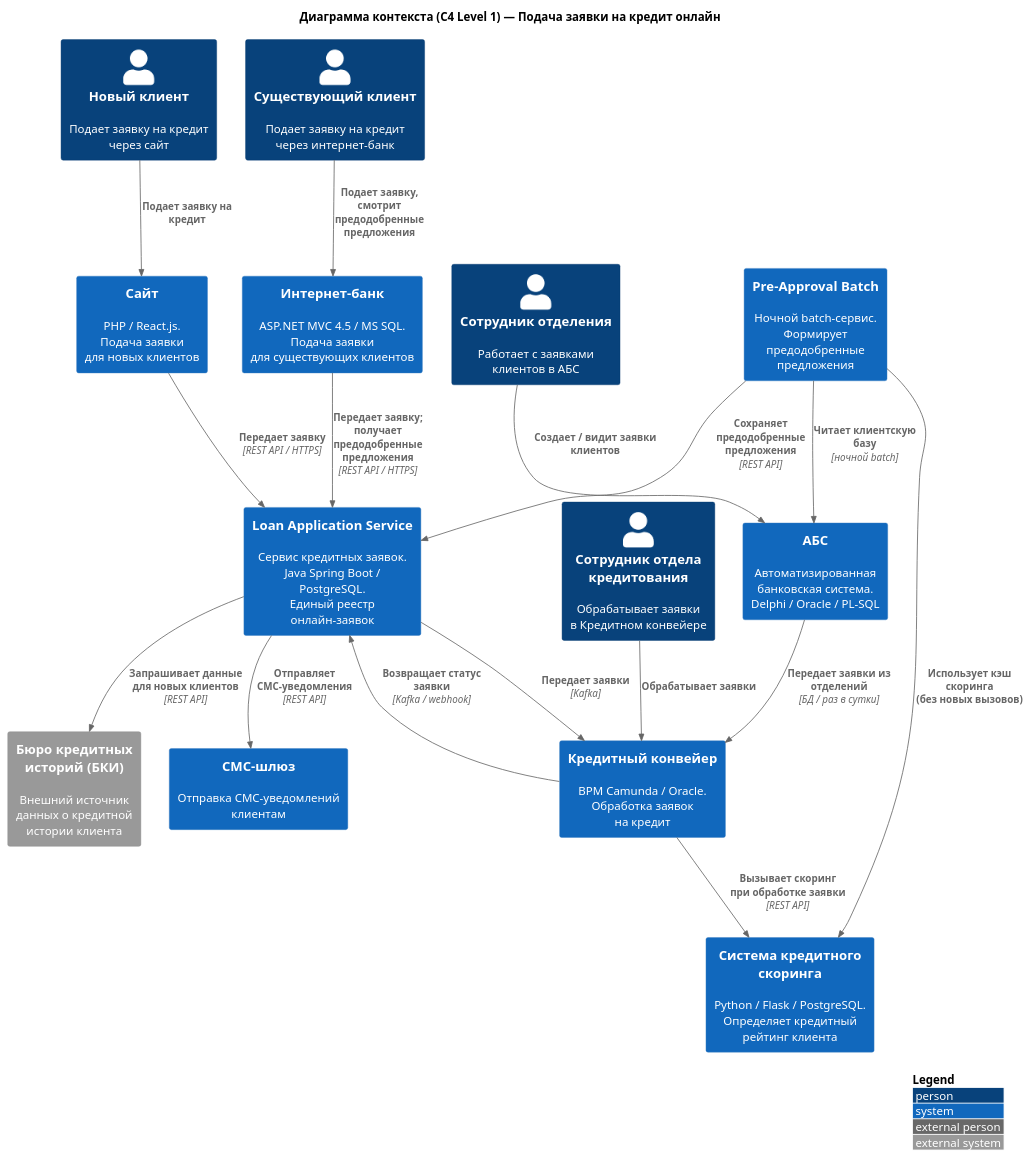
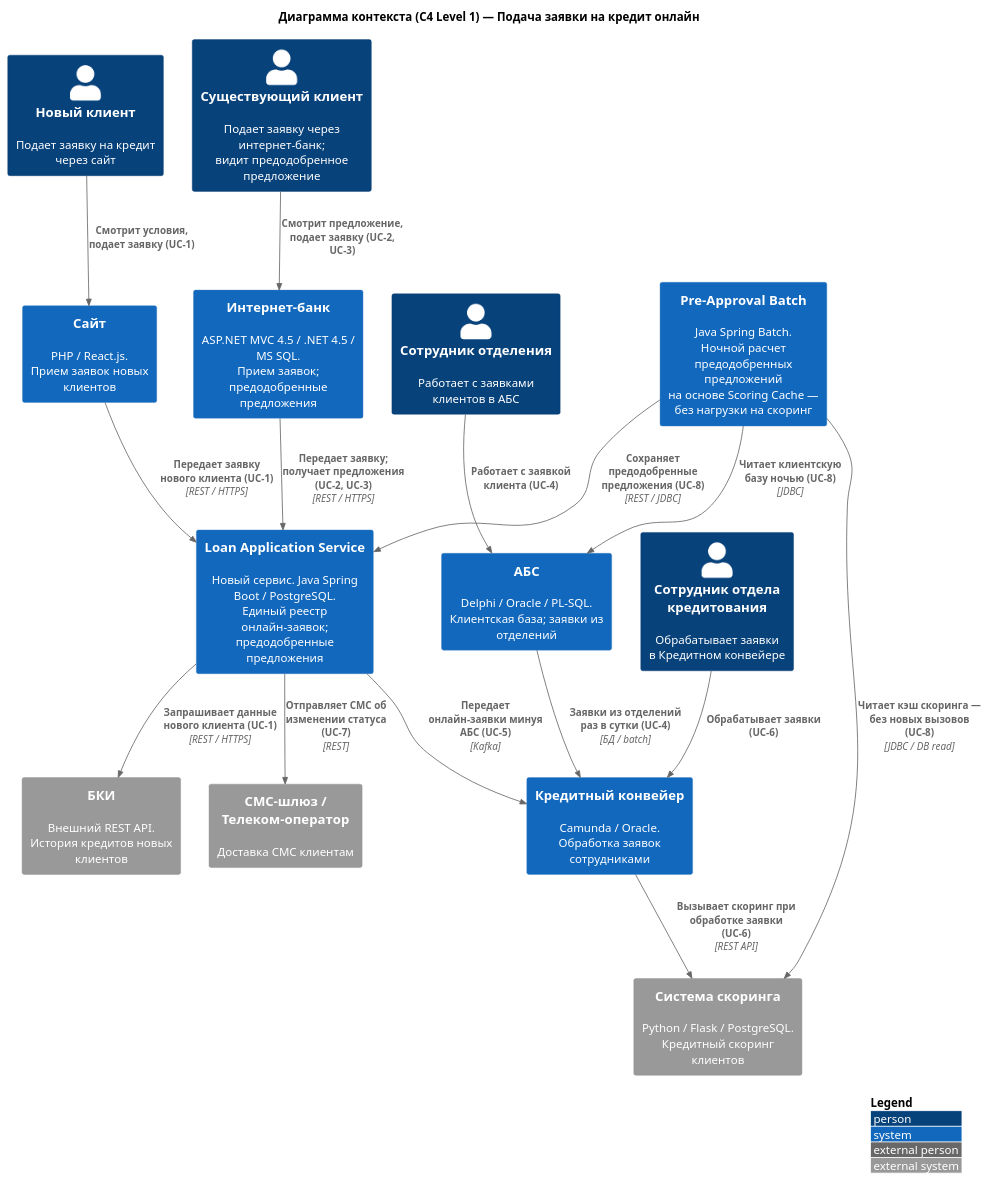
The diagram in Task5/Diagrams/c4-context.puml (alexruek/architecture-pro-standart), drawn with PlantUML before and after one commit. The commit also changed 4 other files, not shown here.

```diff
--- a/Task5/Diagrams/c4-context.puml
+++ b/Task5/Diagrams/c4-context.puml
@@ -1,40 +1,40 @@
 @startuml c4-context
 !include https://raw.githubusercontent.com/plantuml-stdlib/C4-PlantUML/master/C4_Context.puml
 
 LAYOUT_WITH_LEGEND()
 
 title Диаграмма контекста (C4 Level 1) — Подача заявки на кредит онлайн
 
-Person(new_client, "Новый клиент", "Подает заявку на кредит\nчерез сайт")
-Person(existing_client, "Существующий клиент", "Подает заявку на кредит\nчерез интернет-банк")
-Person(branch_employee, "Сотрудник отделения", "Работает с заявками\nклиентов в АБС")
+Person(new_client, "Новый клиент", "Подает заявку на кредит через сайт")
+Person(existing_client, "Существующий клиент", "Подает заявку через интернет-банк;\nвидит предодобренное предложение")
+Person(branch_employee, "Сотрудник отделения", "Работает с заявками клиентов в АБС")
 Person(credit_manager, "Сотрудник отдела\nкредитования", "Обрабатывает заявки\nв Кредитном конвейере")
 
-System(site, "Сайт", "PHP / React.js.\nПодача заявки\nдля новых клиентов")
-System(ibank, "Интернет-банк", "ASP.NET MVC 4.5 / MS SQL.\nПодача заявки\nдля существующих клиентов")
-System(loan_svc, "Loan Application Service", "Сервис кредитных заявок.\nJava Spring Boot / PostgreSQL.\nЕдиный реестр онлайн-заявок")
-System(preapproval_batch, "Pre-Approval Batch", "Ночной batch-сервис.\nФормирует предодобренные\nпредложения")
-System(abs, "АБС", "Автоматизированная\nбанковская система.\nDelphi / Oracle / PL-SQL")
-System(conveyor, "Кредитный конвейер", "BPM Camunda / Oracle.\nОбработка заявок\nна кредит")
-System(scoring, "Система кредитного\nскоринга", "Python / Flask / PostgreSQL.\nОпределяет кредитный\nрейтинг клиента")
-System(sms, "СМС-шлюз", "Отправка СМС-уведомлений\nклиентам")
-System_Ext(bki, "Бюро кредитных\nисторий (БКИ)", "Внешний источник\nданных о кредитной\nистории клиента")
+System(site, "Сайт", "PHP / React.js.\nПрием заявок новых клиентов")
+System(ibank, "Интернет-банк", "ASP.NET MVC 4.5 / .NET 4.5 / MS SQL.\nПрием заявок; предодобренные предложения")
+System(loan_svc, "Loan Application Service", "Новый сервис. Java Spring Boot / PostgreSQL.\nЕдиный реестр онлайн-заявок;\nпредодобренные предложения")
+System(batch_svc, "Pre-Approval Batch", "Java Spring Batch.\nНочной расчет предодобренных предложений\nна основе Scoring Cache — без нагрузки на скоринг")
+System(conveyor, "Кредитный конвейер", "Camunda / Oracle.\nОбработка заявок сотрудниками")
+System(abs, "АБС", "Delphi / Oracle / PL-SQL.\nКлиентская база; заявки из отделений")
 
-Rel(new_client, site, "Подает заявку на кредит")
-Rel(existing_client, ibank, "Подает заявку, смотрит\nпредодобренные предложения")
-Rel(branch_employee, abs, "Создает / видит заявки\nклиентов")
-Rel(credit_manager, conveyor, "Обрабатывает заявки")
+System_Ext(scoring, "Система скоринга", "Python / Flask / PostgreSQL.\nКредитный скоринг клиентов")
+System_Ext(bki, "БКИ", "Внешний REST API.\nИстория кредитов новых клиентов")
+System_Ext(sms_gw, "СМС-шлюз / Телеком-оператор", "Доставка СМС клиентам")
 
-Rel(site, loan_svc, "Передает заявку", "REST API / HTTPS")
-Rel(ibank, loan_svc, "Передает заявку;\nполучает предодобренные предложения", "REST API / HTTPS")
-Rel(loan_svc, conveyor, "Передает заявки", "Kafka")
-Rel(loan_svc, sms, "Отправляет СМС-уведомления", "REST API")
-Rel(loan_svc, bki, "Запрашивает данные\nдля новых клиентов", "REST API")
-Rel(preapproval_batch, abs, "Читает клиентскую базу", "ночной batch")
-Rel(preapproval_batch, scoring, "Использует кэш скоринга\n(без новых вызовов)")
-Rel(preapproval_batch, loan_svc, "Сохраняет предодобренные\nпредложения", "REST API")
-Rel(abs, conveyor, "Передает заявки из отделений", "БД / раз в сутки")
-Rel(conveyor, scoring, "Вызывает скоринг\nпри обработке заявки", "REST API")
-Rel(conveyor, loan_svc, "Возвращает статус заявки", "Kafka / webhook")
+Rel(new_client, site, "Смотрит условия, подает заявку (UC-1)")
+Rel(existing_client, ibank, "Смотрит предложение, подает заявку (UC-2, UC-3)")
+Rel(branch_employee, abs, "Работает с заявкой клиента (UC-4)")
+Rel(credit_manager, conveyor, "Обрабатывает заявки (UC-6)")
+
+Rel(site, loan_svc, "Передает заявку нового клиента (UC-1)", "REST / HTTPS")
+Rel(ibank, loan_svc, "Передает заявку; получает предложения (UC-2, UC-3)", "REST / HTTPS")
+Rel(loan_svc, conveyor, "Передает онлайн-заявки минуя АБС (UC-5)", "Kafka")
+Rel(loan_svc, sms_gw, "Отправляет СМС об изменении статуса (UC-7)", "REST")
+Rel(loan_svc, bki, "Запрашивает данные нового клиента (UC-1)", "REST / HTTPS")
+Rel(batch_svc, abs, "Читает клиентскую базу ночью (UC-8)", "JDBC")
+Rel(batch_svc, scoring, "Читает кэш скоринга — без новых вызовов (UC-8)", "JDBC / DB read")
+Rel(batch_svc, loan_svc, "Сохраняет предодобренные предложения (UC-8)", "REST / JDBC")
+Rel(abs, conveyor, "Заявки из отделений раз в сутки (UC-4)", "БД / batch")
+Rel(conveyor, scoring, "Вызывает скоринг при обработке заявки (UC-6)", "REST API")
 
 @enduml
```
